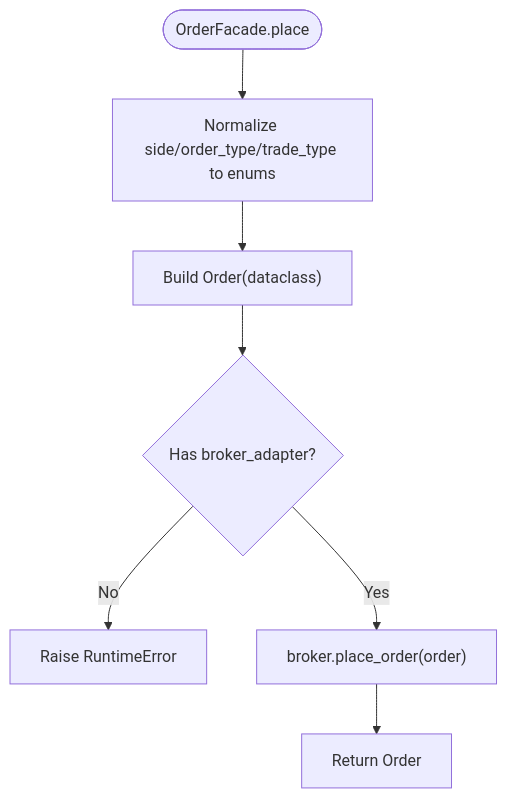
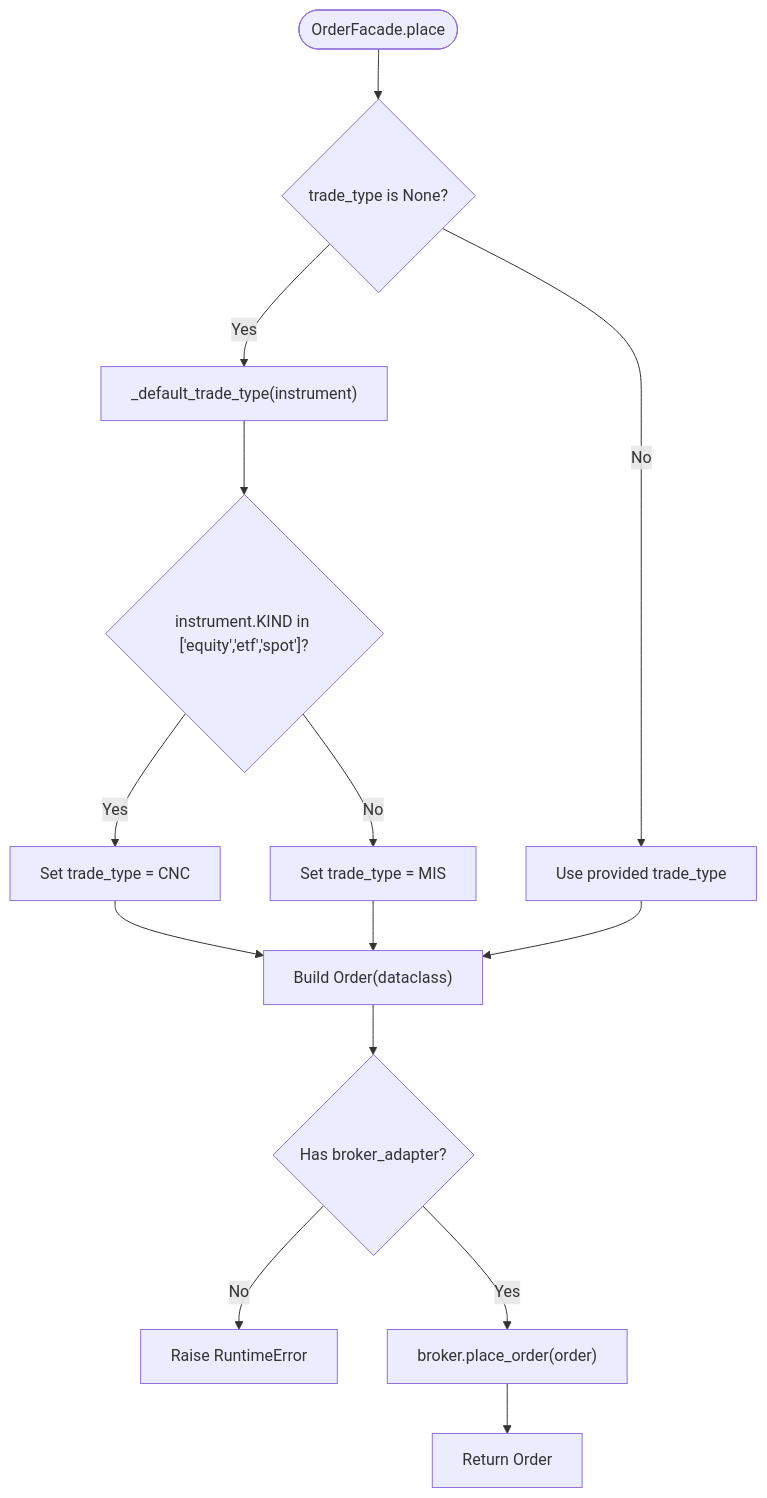
One commit to Ganesh-Kusundal/nTrade changed the fourth of 7 diagrams in .qoder/repowiki/en/content/Order Management/Order Lifecycle Management.md. Above: the diagram before and after it, drawn with Mermaid. The commit also changed other lines of this file and 203 other files, not shown here.

````diff
--- a/.qoder/repowiki/en/content/Order Management/Order Lifecycle Management.md
+++ b/.qoder/repowiki/en/content/Order Management/Order Lifecycle Management.md
@@ -181,9 +217,16 @@
 ```mermaid
 flowchart TD
-Start(["OrderFacade.place"]) --> Normalize["Normalize side/order_type/trade_type to enums"]
-Normalize --> BuildOrder["Build Order(dataclass)"]
+Start(["OrderFacade.place"]) --> CheckTradeType{"trade_type is None?"}
+CheckTradeType --> |Yes| CallDefault["_default_trade_type(instrument)"]
+CheckTradeType --> |No| UseExplicit["Use provided trade_type"]
+CallDefault --> CheckKind{"instrument.KIND in ['equity','etf','spot']?"}
+CheckKind --> |Yes| SetCNC["Set trade_type = CNC"]
+CheckKind --> |No| SetMIS["Set trade_type = MIS"]
+SetCNC --> BuildOrder["Build Order(dataclass)"]
+SetMIS --> BuildOrder
+UseExplicit --> BuildOrder
 BuildOrder --> CheckBroker{"Has broker_adapter?"}
 CheckBroker --> |No| RaiseErr["Raise RuntimeError"]
 CheckBroker --> |Yes| CallPlace["broker.place_order(order)"]
 CallPlace --> ReturnOrder["Return Order"]
 ```
````
